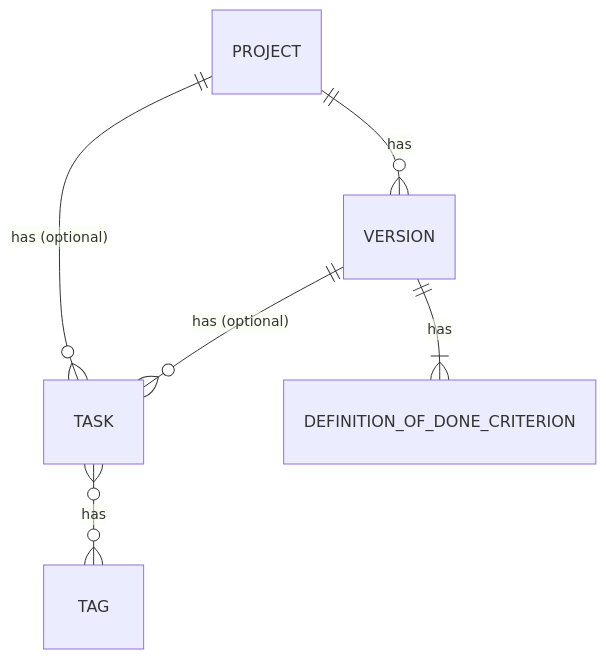
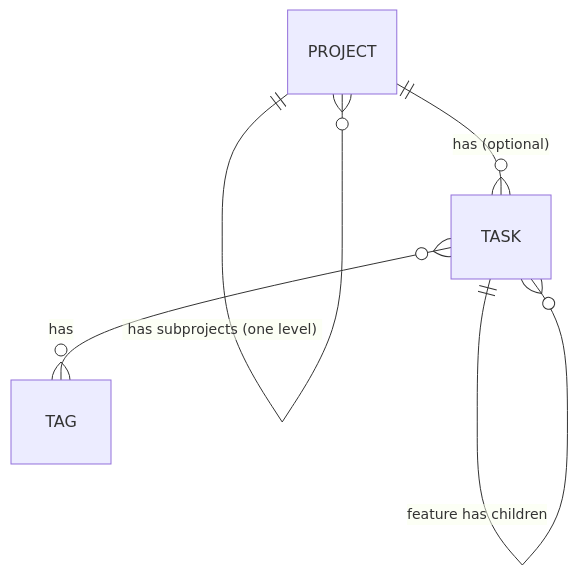
One commit to David-Bambi/nexus changed the first of 3 diagrams in docs/architecture/overview.md. Above: the diagram before and after it, drawn with Mermaid. The commit also changed other lines of this file and 19 other files, not shown here.

````diff
--- a/docs/architecture/overview.md
+++ b/docs/architecture/overview.md
@@ -13,8 +17,7 @@
 ```mermaid
 erDiagram
-    PROJECT ||--o{ VERSION : has
+    PROJECT ||--o{ PROJECT : "has subprojects (one level)"
     PROJECT ||--o{ TASK : "has (optional)"
-    VERSION ||--o{ TASK : "has (optional)"
-    VERSION ||--|{ DEFINITION_OF_DONE_CRITERION : has
+    TASK ||--o{ TASK : "feature has children"
     TASK }o--o{ TAG : has
 ```
````
